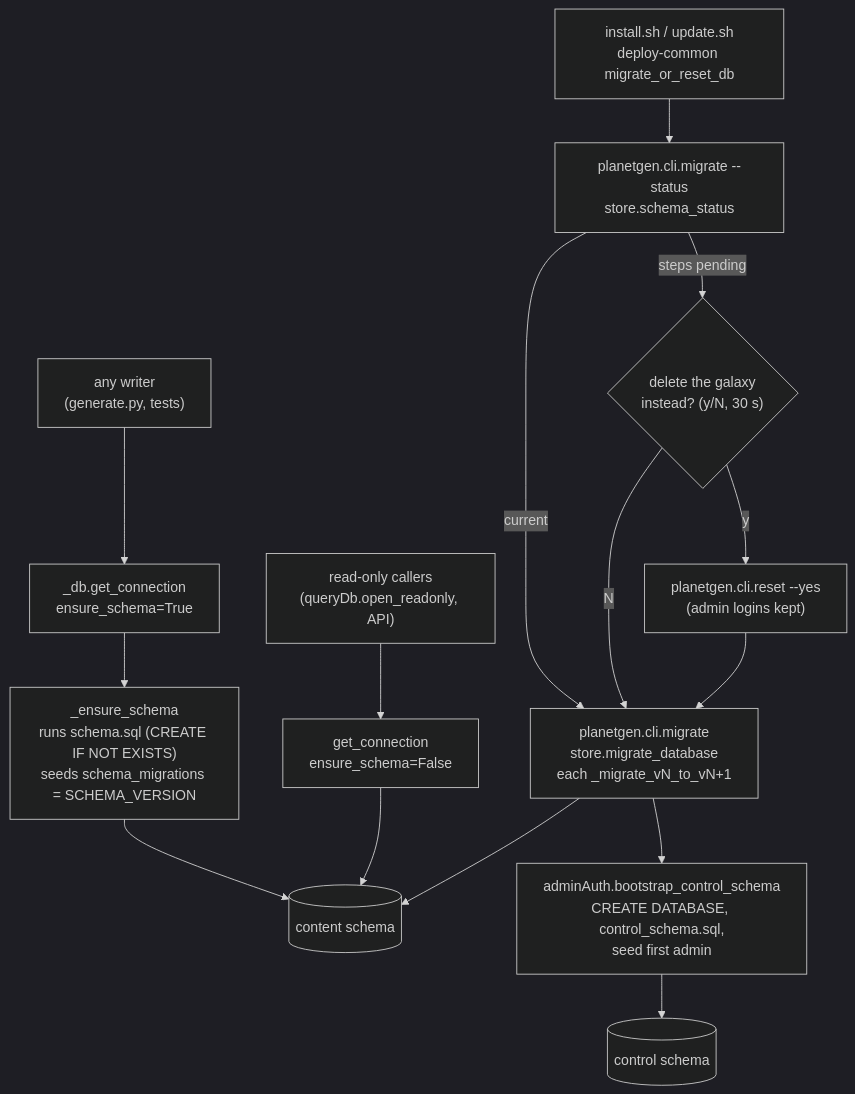
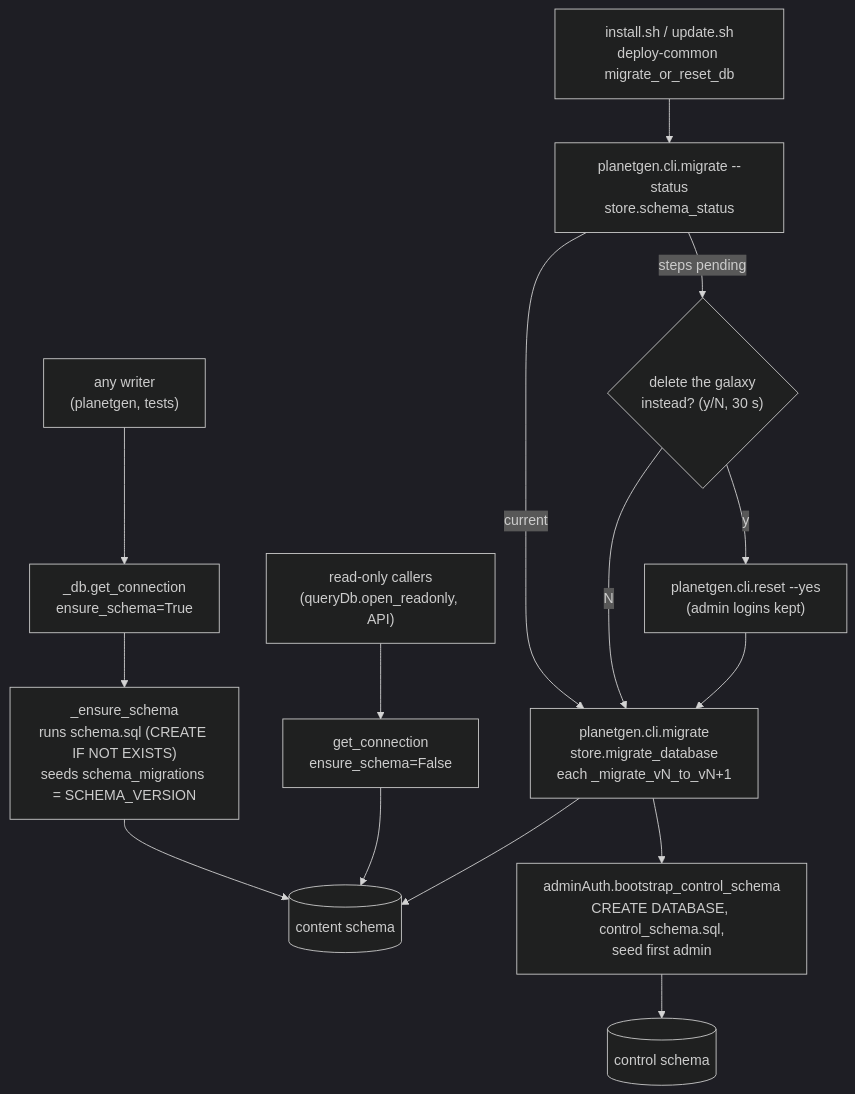
The fourth of 8 diagrams in docs/design/architecture.md (dwhagar/planetGen), drawn with Mermaid (dark theme) before and after one commit. The commit also changed other lines of this file and 127 other files, not shown here.

First line of the commit message:
Split generate.py into planetgen.generation.run_* and planetgen.cli.generate (OPS.24 step 14a) (#472)

````diff
--- a/docs/design/architecture.md
+++ b/docs/design/architecture.md
@@ -495,19 +495,19 @@
 ```mermaid
 flowchart TD
-    Any["any writer<br/>(generate.py, tests)"] --> GC["_db.get_connection<br/>ensure_schema=True"]
+    Any["any writer<br/>(planetgen, tests)"] --> GC["_db.get_connection<br/>ensure_schema=True"]
     GC --> ES["_ensure_schema<br/>runs schema.sql (CREATE IF NOT EXISTS)<br/>seeds schema_migrations = SCHEMA_VERSION"]
     ES --> Content[("content schema")]
 
     RO["read-only callers<br/>(queryDb.open_readonly, API)"] --> NoDDL["get_connection<br/>ensure_schema=False"]
     NoDDL --> Content
 
     Inst["install.sh / update.sh<br/>deploy-common migrate_or_reset_db"] --> Status["planetgen.cli.migrate --status<br/>store.schema_status"]
     Status -->|"steps pending"| Ask{"delete the galaxy<br/>instead? (y/N, 30 s)"}
     Status -->|"current"| Mig
     Ask -->|"N"| Mig["planetgen.cli.migrate<br/>store.migrate_database<br/>each _migrate_vN_to_vN+1"]
     Ask -->|"y"| Reset["planetgen.cli.reset --yes<br/>(admin logins kept)"]
     Reset --> Mig
     Mig --> Content
     Mig --> Boot["adminAuth.bootstrap_control_schema<br/>CREATE DATABASE, control_schema.sql,<br/>seed first admin"]
     Boot --> Control[("control schema")]
 ```
````
